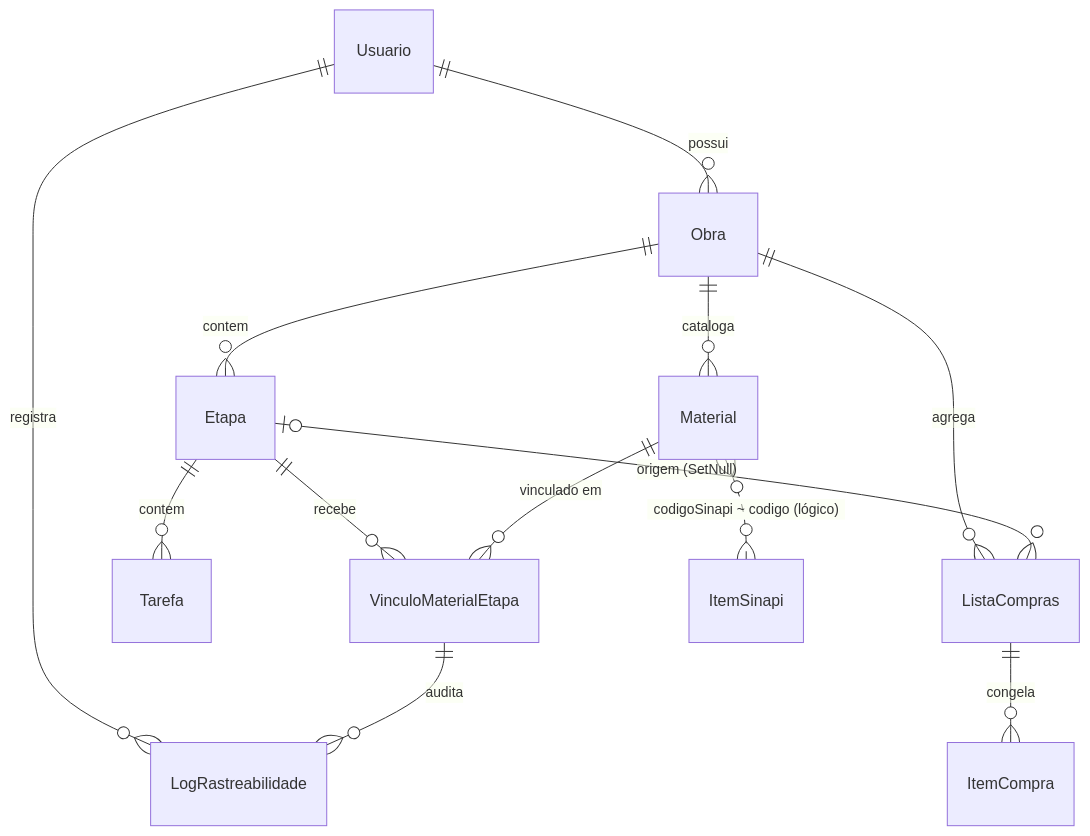
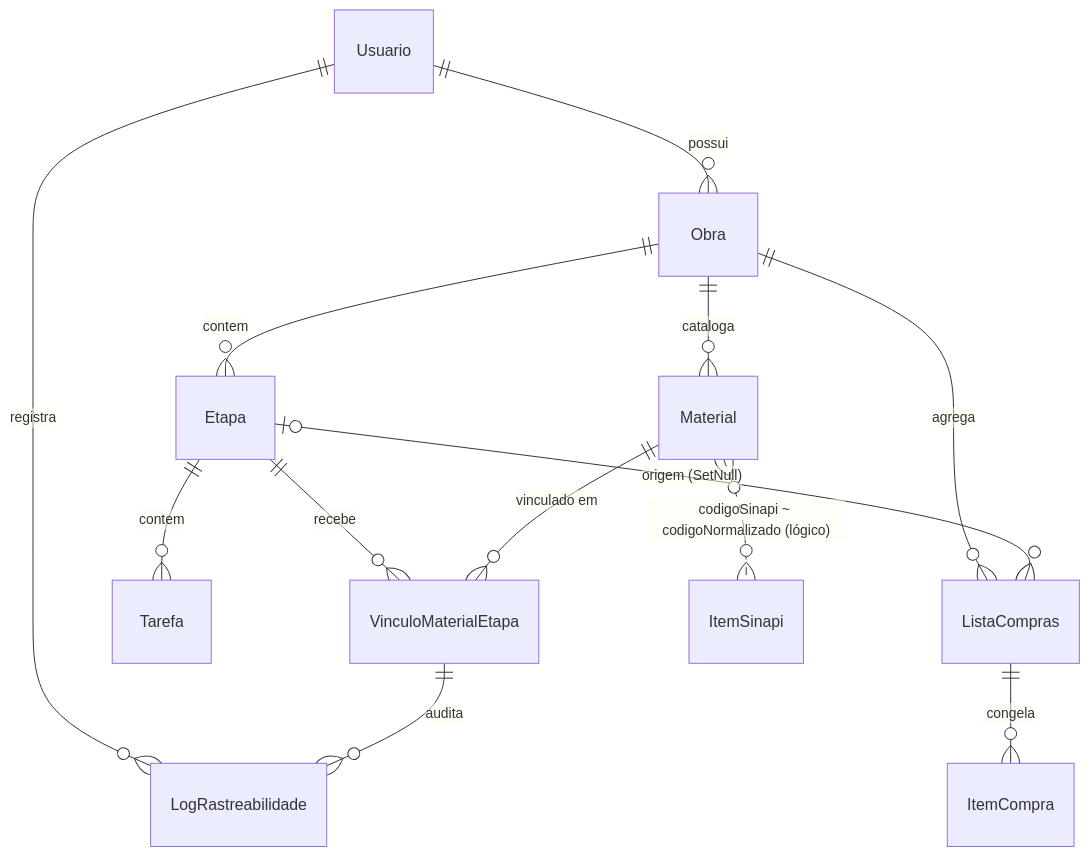
One commit to FernandoLML/Build-Plan changed the second of 4 diagrams in Docs/arquitetura-raio-x.md. Above: the diagram before and after it, drawn with Mermaid. The commit also changed other lines of this file and 50 other files, not shown here.

````diff
--- a/Docs/arquitetura-raio-x.md
+++ b/Docs/arquitetura-raio-x.md
@@ -148,15 +149,15 @@
 ```mermaid
 erDiagram
   Usuario ||--o{ Obra : possui
   Usuario ||--o{ LogRastreabilidade : registra
   Obra ||--o{ Etapa : contem
   Obra ||--o{ Material : cataloga
   Obra ||--o{ ListaCompras : agrega
   Etapa ||--o{ Tarefa : contem
   Etapa ||--o{ VinculoMaterialEtapa : recebe
   Material ||--o{ VinculoMaterialEtapa : "vinculado em"
   Etapa |o--o{ ListaCompras : "origem (SetNull)"
   ListaCompras ||--o{ ItemCompra : congela
   VinculoMaterialEtapa ||--o{ LogRastreabilidade : audita
-  Material }o..o{ ItemSinapi : "codigoSinapi ~ codigo (lógico)"
+  Material }o..o{ ItemSinapi : "codigoSinapi ~ codigoNormalizado (lógico)"
 ```
````
